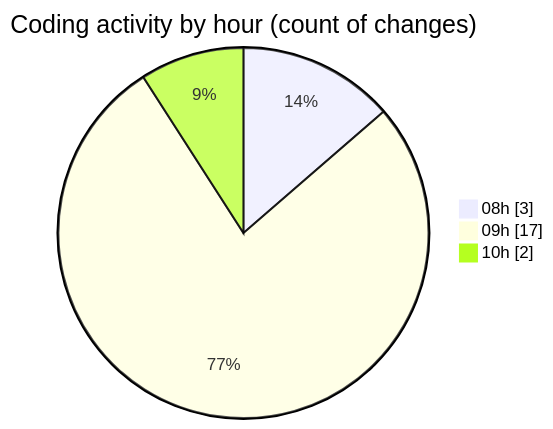
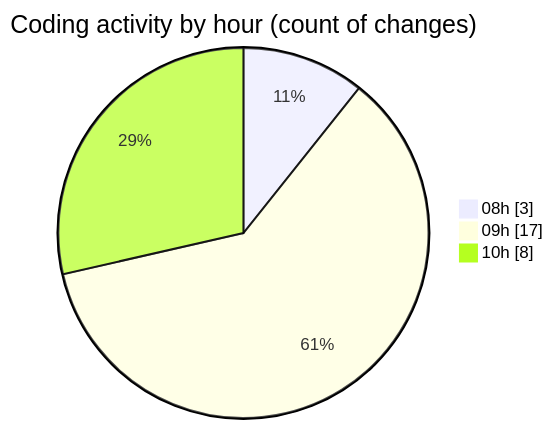
The second of 2 diagrams in 2025-10-22/eventscop-api-guide__workspace_/README.md (julien-gomy/code-tracking), drawn with Mermaid before and after one commit. The commit also changed other lines of this file and 1 other file, not shown here.

````diff
--- a/2025-10-22/eventscop-api-guide__workspace_/README.md
+++ b/2025-10-22/eventscop-api-guide__workspace_/README.md
@@ -33,7 +37,7 @@
 ```mermaid
 pie showData
 title Coding activity by hour (count of changes)
 "08h" : 3
 "09h" : 17
-"10h" : 2
+"10h" : 8
 ```
````
